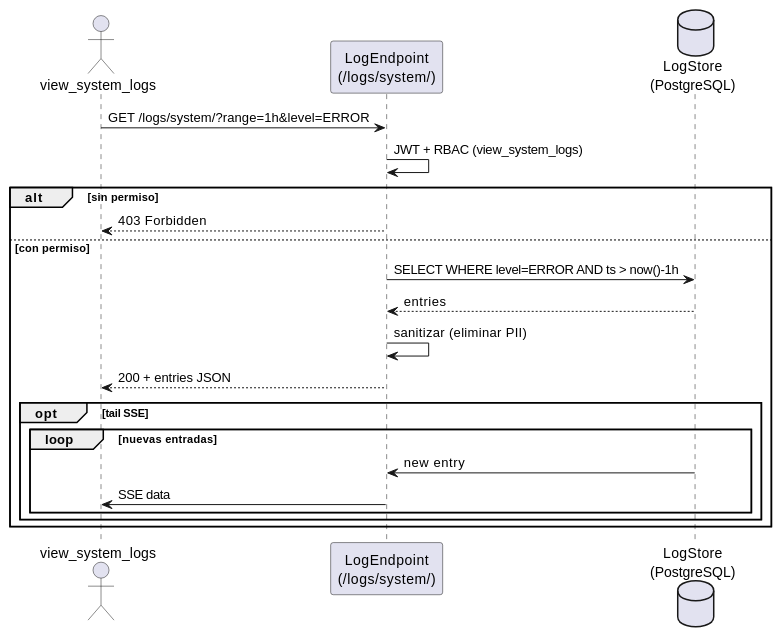
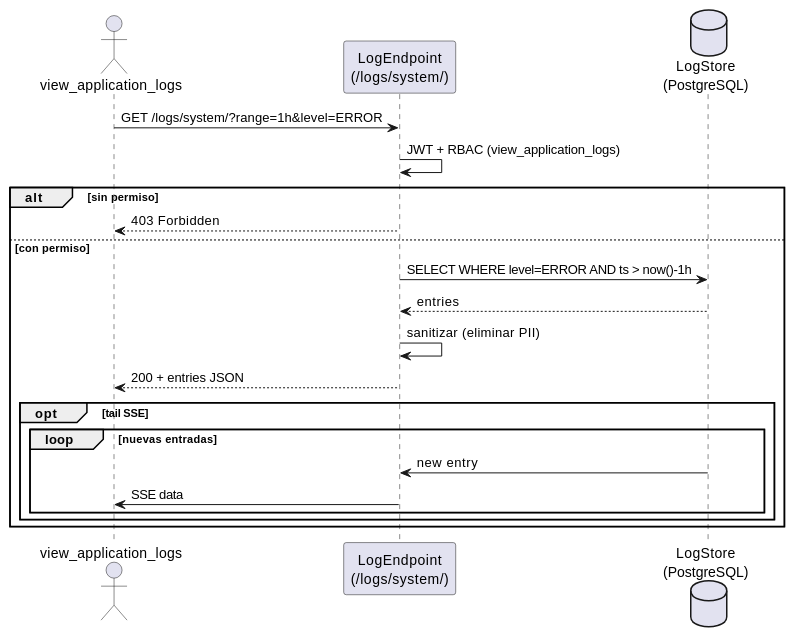
One commit to jcg-admin/IACT-docs changed the second of 3 diagrams in source/arquitectura-tecnica/modulos/sys-logs/diagramas.rst. Above: the diagram before and after it, drawn with PlantUML. The commit also changed other lines of this file and 157 other files, not shown here.

First line of the commit message:
Enforce catalog function names across all diagrams

```diff
--- a/source/arquitectura-tecnica/modulos/sys-logs/diagramas.rst
+++ b/source/arquitectura-tecnica/modulos/sys-logs/diagramas.rst
@@ -42,27 +42,27 @@
 .. uml::
- :caption: Secuencia view_system_logs — consulta filtrada con tail SSE opcional.
+ :caption: Secuencia view_application_logs — consulta filtrada con tail SSE opcional.
 
  @startuml
 
- actor "view_system_logs" as U
+ actor "view_application_logs" as U
  participant "LogEndpoint\n(/logs/system/)" as EP
  database "LogStore\n(PostgreSQL)" as LS
 
  U -> EP : GET /logs/system/?range=1h&level=ERROR
- EP -> EP : JWT + RBAC (view_system_logs)
+ EP -> EP : JWT + RBAC (view_application_logs)
  alt sin permiso
    EP --> U : 403 Forbidden
  else con permiso
    EP -> LS : SELECT WHERE level=ERROR AND ts > now()-1h
    LS --> EP : entries
    EP -> EP : sanitizar (eliminar PII)
    EP --> U : 200 + entries JSON
    opt tail SSE
      loop nuevas entradas
        LS -> EP : new entry
        EP -> U : SSE data
      end
    end
  end
 
  @enduml
```
